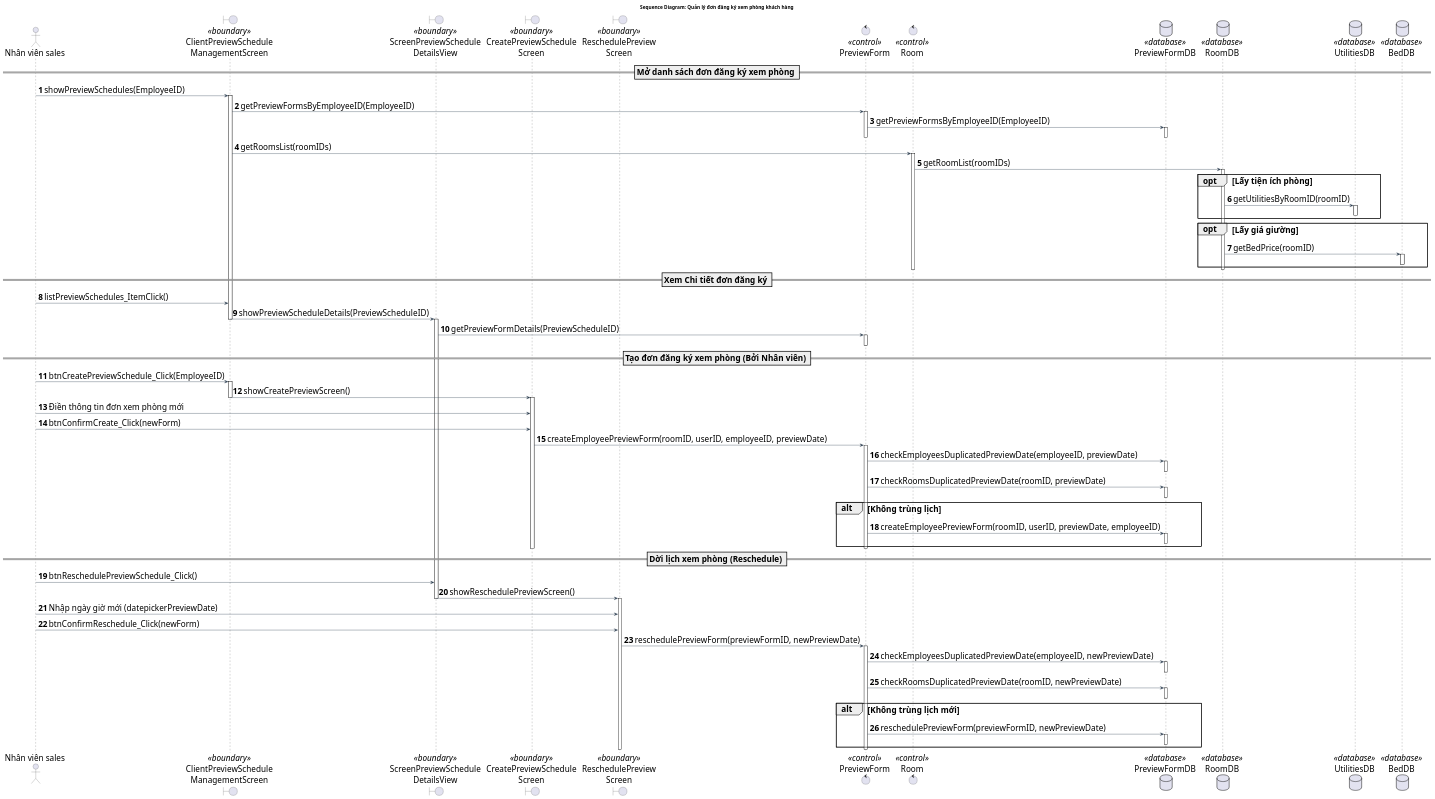
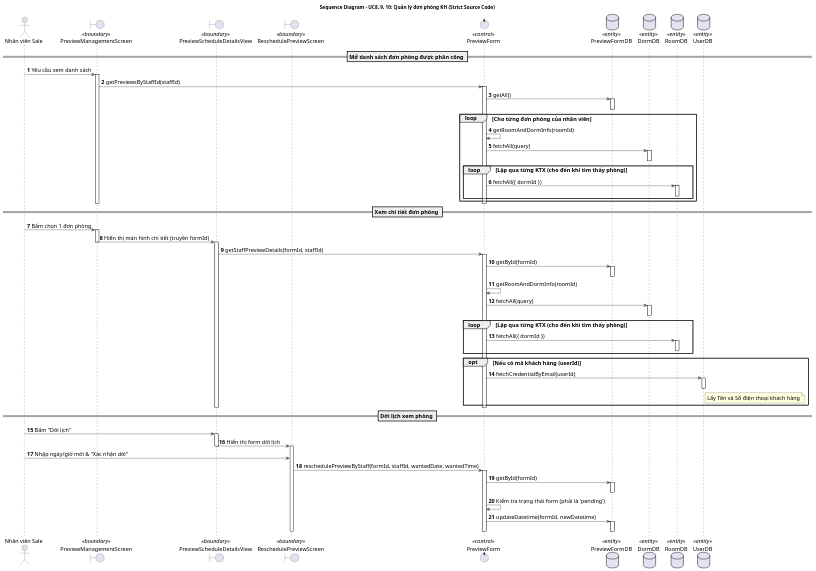
The diagram in doc/system/quan_ly_don_dang_ky_xem_phong_khach_hang/QuanLyDonXemPhongKH_SequenceDiagram.wsd (Gnourt812005/HCMUS-Analyze-and-desgin-IS), drawn with PlantUML before and after one commit. The commit also changed 7 other files, not shown here.

Commit message:
duong/sys-uc: update diagrams

```diff
--- a/doc/system/quan_ly_don_dang_ky_xem_phong_khach_hang/QuanLyDonXemPhongKH_SequenceDiagram.wsd
+++ b/doc/system/quan_ly_don_dang_ky_xem_phong_khach_hang/QuanLyDonXemPhongKH_SequenceDiagram.wsd
@@ -1,133 +1,115 @@
-@startuml QuanLyDonXemPhongKH_SequenceDiagram
-title Sequence Diagram: Quản lý đơn đăng ký xem phòng khách hàng
+@startuml QuanLyDonXemPhongKH_SequenceDiagram_StrictSrc
+title Sequence Diagram - UC8, 9, 10: Quản lý đơn phòng KH (Strict Source Code)
 
 ' --- STYLE CONFIGURATION ---
 skinparam {
     BackgroundColor White
     ArrowColor #2D3E50
     DefaultFontName "Arial"
-    DefaultFontSize 24
-    ParticipantPadding 20
+    DefaultFontSize 16
+    ParticipantPadding 15
     BoxPadding 10
 }
 
-actor "Nhân viên sales" as Actor
-boundary "ClientPreviewSchedule\nManagementScreen" as GUI_Management <<boundary>>
-boundary "ScreenPreviewSchedule\nDetailsView" as GUI_Details <<boundary>>
-boundary "CreatePreviewSchedule\nScreen" as GUI_Create <<boundary>>
-boundary "ReschedulePreview\nScreen" as GUI_Reschedule <<boundary>>
+autonumber
+
+actor "Nhân viên Sale" as Actor
+boundary "PreviewManagementScreen" as GUI_List <<boundary>>
+boundary "PreviewScheduleDetailsView" as GUI_Details <<boundary>>
+boundary "ReschedulePreviewScreen" as GUI_Reschedule <<boundary>>
 
 control "PreviewForm" as BUS_Preview <<control>>
-control "Room" as BUS_Room <<control>>
 
-database "PreviewFormDB" as DAO_Preview <<database>>
-database "RoomDB" as DAO_Room <<database>>
-database "UtilitiesDB" as DAO_Utils <<database>>
-database "BedDB" as DAO_Bed <<database>>
+database "PreviewFormDB" as DAO_Preview <<entity>>
+database "DormDB" as DAO_Dorm <<entity>>
+database "RoomDB" as DAO_Room <<entity>>
+database "UserDB" as DAO_User <<entity>>
 
-autonumber
+== Mở danh sách đơn phòng được phân công ==
+Actor -> GUI_List: Yêu cầu xem danh sách
+activate GUI_List
+    GUI_List -> BUS_Preview: getPreviewsByStaffId(staffId)
+    activate BUS_Preview
+        
+        BUS_Preview -> DAO_Preview: getAll()
+        activate DAO_Preview
+        deactivate DAO_Preview
 
-== Mở danh sách đơn đăng ký xem phòng ==
-Actor -> GUI_Management: showPreviewSchedules(EmployeeID)
-activate GUI_Management
+        loop Cho từng đơn phòng của nhân viên
+            BUS_Preview -> BUS_Preview: getRoomAndDormInfo(roomId)
+            
+            BUS_Preview -> DAO_Dorm: fetchAll(query)
+            activate DAO_Dorm
+            deactivate DAO_Dorm
+            
+            loop Lặp qua từng KTX (cho đến khi tìm thấy phòng)
+                BUS_Preview -> DAO_Room: fetchAll({ dormId })
+                activate DAO_Room
+                deactivate DAO_Room
+            end
+        end
 
-GUI_Management -> BUS_Preview: getPreviewFormsByEmployeeID(EmployeeID)
-activate BUS_Preview
+    deactivate BUS_Preview
+deactivate GUI_List
 
-BUS_Preview -> DAO_Preview: getPreviewFormsByEmployeeID(EmployeeID)
-activate DAO_Preview
-deactivate DAO_Preview
+== Xem chi tiết đơn phòng ==
+Actor -> GUI_List: Bấm chọn 1 đơn phòng
+activate GUI_List
+    GUI_List -> GUI_Details: Hiển thị màn hình chi tiết (truyền formId)
+deactivate GUI_List
 
-deactivate BUS_Preview
+activate GUI_Details
+    GUI_Details -> BUS_Preview: getStaffPreviewDetails(formId, staffId)
+    activate BUS_Preview
+        
+        BUS_Preview -> DAO_Preview: getById(formId)
+        activate DAO_Preview
+        deactivate DAO_Preview
 
-GUI_Management -> BUS_Room: getRoomsList(roomIDs)
-activate BUS_Room
+        BUS_Preview -> BUS_Preview: getRoomAndDormInfo(roomId)
+        
+        BUS_Preview -> DAO_Dorm: fetchAll(query)
+        activate DAO_Dorm
+        deactivate DAO_Dorm
+        
+        loop Lặp qua từng KTX (cho đến khi tìm thấy phòng)
+            BUS_Preview -> DAO_Room: fetchAll({ dormId })
+            activate DAO_Room
+            deactivate DAO_Room
+        end
 
-BUS_Room -> DAO_Room: getRoomList(roomIDs)
-activate DAO_Room
+        opt Nếu có mã khách hàng (userId)
+            BUS_Preview -> DAO_User: fetchCredentialByEmail(userId)
+            activate DAO_User
+            deactivate DAO_User
+            note right of DAO_User: Lấy Tên và Số điện thoại khách hàng
+        end
 
-opt Lấy tiện ích phòng
-    DAO_Room -> DAO_Utils: getUtilitiesByRoomID(roomID)
-    activate DAO_Utils
-    deactivate DAO_Utils
-end
+    deactivate BUS_Preview
+deactivate GUI_Details
 
-opt Lấy giá giường
-    DAO_Room -> DAO_Bed: getBedPrice(roomID)
-    activate DAO_Bed
-    deactivate DAO_Bed
-end
+== Dời lịch xem phòng ==
+Actor -> GUI_Details: Bấm "Dời lịch"
+activate GUI_Details
+    GUI_Details -> GUI_Reschedule: Hiển thị form dời lịch
+deactivate GUI_Details
 
-deactivate DAO_Room
-deactivate BUS_Room
+activate GUI_Reschedule
+    Actor -> GUI_Reschedule: Nhập ngày/giờ mới & "Xác nhận dời"
+    GUI_Reschedule -> BUS_Preview: reschedulePreviewByStaff(formId, staffId, wantedDate, wantedTime)
+    
+    activate BUS_Preview
+        BUS_Preview -> DAO_Preview: getById(formId)
+        activate DAO_Preview
+        deactivate DAO_Preview
 
-== Xem Chi tiết đơn đăng ký ==
-Actor -> GUI_Management: listPreviewSchedules_ItemClick()
-GUI_Management -> GUI_Details: showPreviewScheduleDetails(PreviewScheduleID)
-deactivate GUI_Management
-activate GUI_Details
+        BUS_Preview -> BUS_Preview: Kiểm tra trạng thái form (phải là 'pending')
 
-GUI_Details -> BUS_Preview: getPreviewFormDetails(PreviewScheduleID)
-activate BUS_Preview
-deactivate BUS_Preview
-
-== Tạo đơn đăng ký xem phòng (Bởi Nhân viên) ==
-Actor -> GUI_Management: btnCreatePreviewSchedule_Click(EmployeeID)
-activate GUI_Management
-GUI_Management -> GUI_Create: showCreatePreviewScreen()
-deactivate GUI_Management
-activate GUI_Create
-
-Actor -> GUI_Create: Điền thông tin đơn xem phòng mới
-Actor -> GUI_Create: btnConfirmCreate_Click(newForm)
-
-GUI_Create -> BUS_Preview: createEmployeePreviewForm(roomID, userID, employeeID, previewDate)
-activate BUS_Preview
-
-BUS_Preview -> DAO_Preview: checkEmployeesDuplicatedPreviewDate(employeeID, previewDate)
-activate DAO_Preview
-deactivate DAO_Preview
-
-BUS_Preview -> DAO_Preview: checkRoomsDuplicatedPreviewDate(roomID, previewDate)
-activate DAO_Preview
-deactivate DAO_Preview
-
-alt Không trùng lịch
-    BUS_Preview -> DAO_Preview: createEmployeePreviewForm(roomID, userID, previewDate, employeeID)
-    activate DAO_Preview
-    deactivate DAO_Preview
-end
-
-deactivate BUS_Preview
-deactivate GUI_Create
-
-== Dời lịch xem phòng (Reschedule) ==
-Actor -> GUI_Details: btnReschedulePreviewSchedule_Click()
-GUI_Details -> GUI_Reschedule: showReschedulePreviewScreen()    
-deactivate GUI_Details
-activate GUI_Reschedule
-
-Actor -> GUI_Reschedule: Nhập ngày giờ mới (datepickerPreviewDate)
-Actor -> GUI_Reschedule: btnConfirmReschedule_Click(newForm)
-
-GUI_Reschedule -> BUS_Preview: reschedulePreviewForm(previewFormID, newPreviewDate)
-activate BUS_Preview
-
-BUS_Preview -> DAO_Preview: checkEmployeesDuplicatedPreviewDate(employeeID, newPreviewDate)
-activate DAO_Preview
-deactivate DAO_Preview
-
-BUS_Preview -> DAO_Preview: checkRoomsDuplicatedPreviewDate(roomID, newPreviewDate)
-activate DAO_Preview
-deactivate DAO_Preview
-
-alt Không trùng lịch mới
-    BUS_Preview -> DAO_Preview: reschedulePreviewForm(previewFormID, newPreviewDate)
-    activate DAO_Preview
-    deactivate DAO_Preview
-end
-
-deactivate BUS_Preview
+        BUS_Preview -> DAO_Preview: updateDatetime(formId, newDatetime)
+        activate DAO_Preview
+        deactivate DAO_Preview
+    deactivate BUS_Preview
+    
 deactivate GUI_Reschedule
 
 @enduml
```
